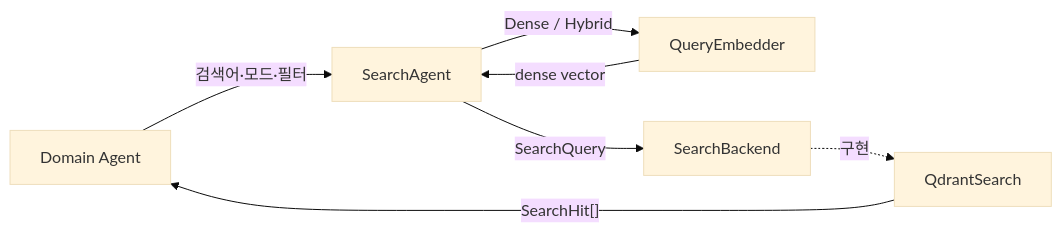
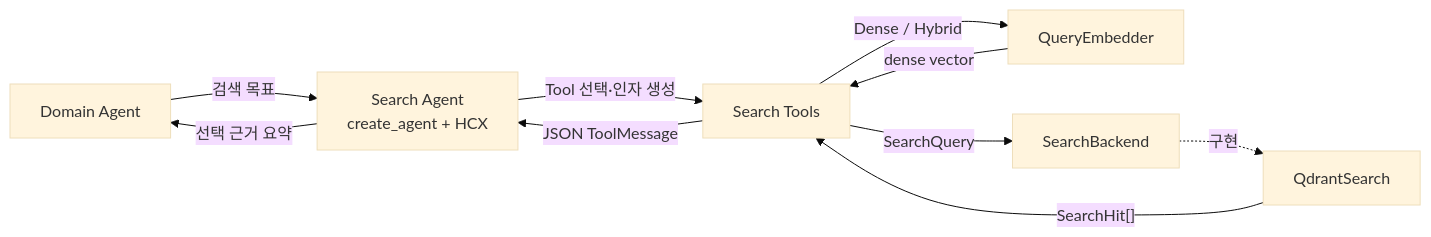
Before and after one commit to nayeon653/-ace3: the diagram in docs/retrieval/qdrant-search-functions.md, drawn with Mermaid (base theme). The commit also changed other lines of this file and 4 other files, not shown here.

Commit message:
feat(agent): Search Agent에 검색 Tool 바인딩

````diff
--- a/docs/retrieval/qdrant-search-functions.md
+++ b/docs/retrieval/qdrant-search-functions.md
@@ -28,9 +39,12 @@
 ```mermaid
 flowchart LR
-    D["Domain Agent"] -->|"검색어·모드·필터"| S["SearchAgent"]
-    S -->|"Dense / Hybrid"| E["QueryEmbedder"]
-    E -->|"dense vector"| S
-    S -->|"SearchQuery"| B["SearchBackend"]
+    D["Domain Agent"] -->|"검색 목표"| S["Search Agent<br/>create_agent + HCX"]
+    S -->|"Tool 선택·인자 생성"| T["Search Tools"]
+    T -->|"Dense / Hybrid"| E["QueryEmbedder"]
+    E -->|"dense vector"| T
+    T -->|"SearchQuery"| B["SearchBackend"]
     B -. "구현" .-> Q["QdrantSearch"]
-    Q -->|"SearchHit[]"| D
+    Q -->|"SearchHit[]"| T
+    T -->|"JSON ToolMessage"| S
+    S -->|"선택 근거 요약"| D
 ```
````
